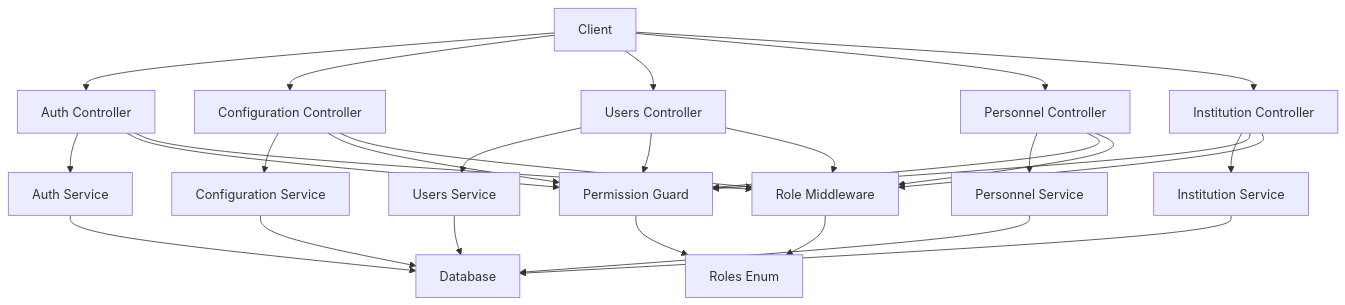
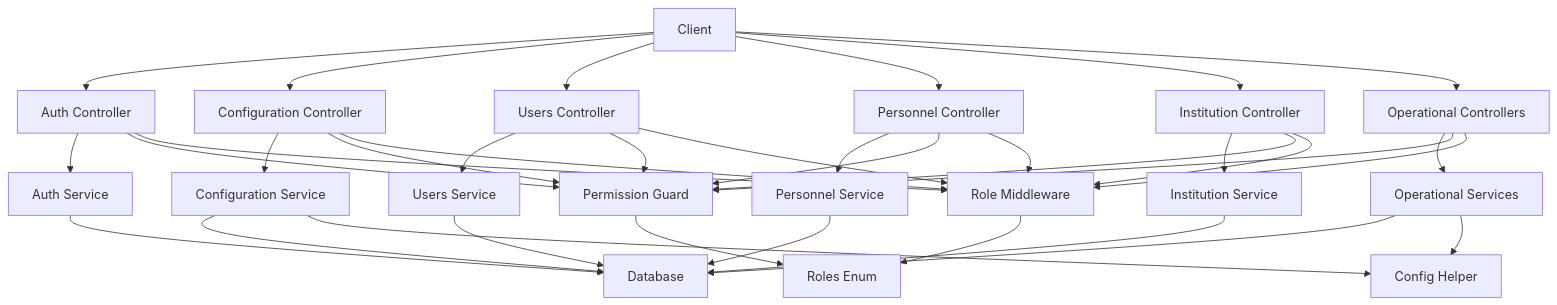
One commit to franckylab/eLISAschool changed the second of 11 diagrams in .qoder/repowiki/en/content/Modules & Features/Administrative Modules/Administrative Modules.md. Above: the diagram before and after it, drawn with Mermaid. The commit also changed other lines of this file and 155 other files, not shown here.

````diff
--- a/.qoder/repowiki/en/content/Modules & Features/Administrative Modules/Administrative Modules.md
+++ b/.qoder/repowiki/en/content/Modules & Features/Administrative Modules/Administrative Modules.md
@@ -136,45 +174,55 @@
 ```mermaid
 graph TB
 Client["Client"]
 AuthCtrl["Auth Controller"]
 ConfigCtrl["Configuration Controller"]
 UsersCtrl["Users Controller"]
 StaffCtrl["Personnel Controller"]
 InstCtrl["Institution Controller"]
+OperCtrl["Operational Controllers"]
 AuthSvc["Auth Service"]
 ConfigSvc["Configuration Service"]
 UsersSvc["Users Service"]
 StaffSvc["Personnel Service"]
 InstSvc["Institution Service"]
+OperSvc["Operational Services"]
+ConfigHelper["Config Helper"]
 RolesEnum["Roles Enum"]
 PermGuard["Permission Guard"]
 RoleMW["Role Middleware"]
 DB["Database"]
 Client --> AuthCtrl
 Client --> ConfigCtrl
 Client --> UsersCtrl
 Client --> StaffCtrl
 Client --> InstCtrl
+Client --> OperCtrl
 AuthCtrl --> AuthSvc
 ConfigCtrl --> ConfigSvc
 UsersCtrl --> UsersSvc
 StaffCtrl --> StaffSvc
 InstCtrl --> InstSvc
+OperCtrl --> OperSvc
 AuthCtrl --> PermGuard
 AuthCtrl --> RoleMW
 ConfigCtrl --> PermGuard
 ConfigCtrl --> RoleMW
 UsersCtrl --> PermGuard
 UsersCtrl --> RoleMW
 StaffCtrl --> PermGuard
 StaffCtrl --> RoleMW
 InstCtrl --> PermGuard
 InstCtrl --> RoleMW
+OperCtrl --> PermGuard
+OperCtrl --> RoleMW
 AuthSvc --> DB
 ConfigSvc --> DB
 UsersSvc --> DB
 StaffSvc --> DB
 InstSvc --> DB
+OperSvc --> DB
+ConfigSvc --> ConfigHelper
+OperSvc --> ConfigHelper
 RoleMW --> RolesEnum
 PermGuard --> RolesEnum
 ```
````
